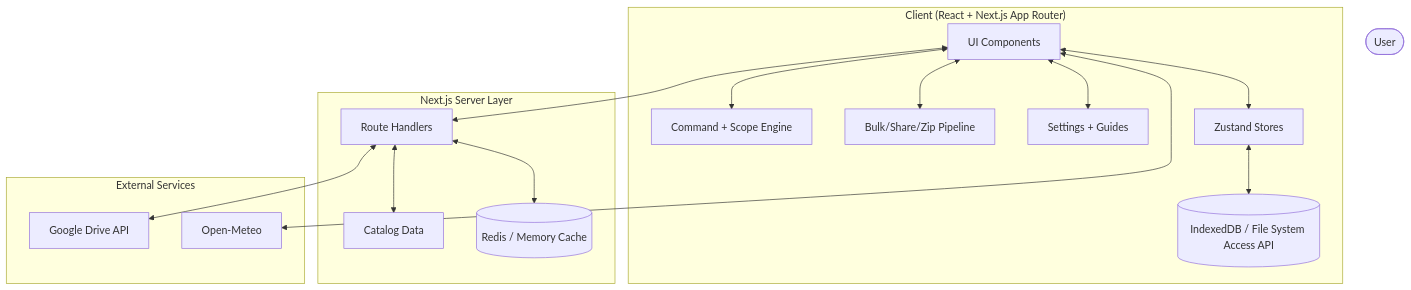
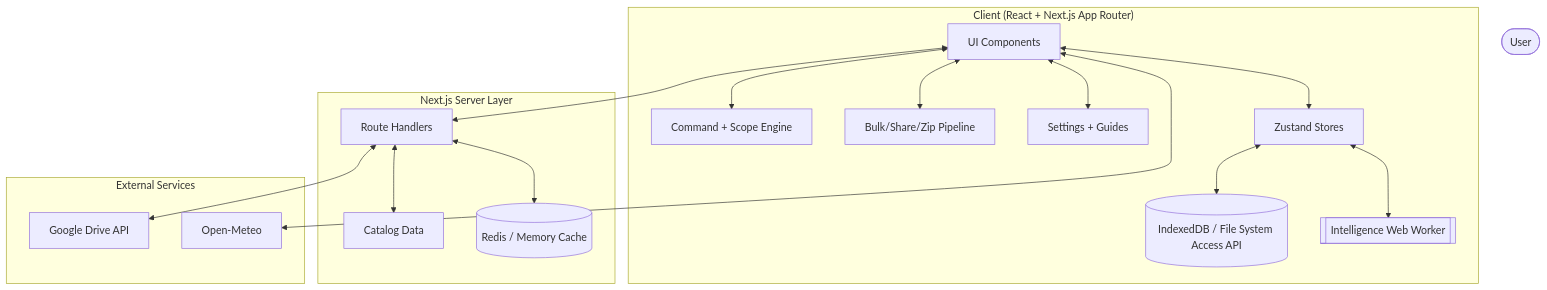
One commit to SH1SHANK/studytrix changed the first of 3 diagrams in ARCHITECTURE.md. Above: the diagram before and after it, drawn with Mermaid. The commit also changed other lines of this file and 7 other files, not shown here.

````diff
--- a/ARCHITECTURE.md
+++ b/ARCHITECTURE.md
@@ -7,37 +7,39 @@
 ```mermaid
 graph TD
     User([User])
 
     subgraph Client["Client (React + Next.js App Router)"]
         UI[UI Components]
         CMD[Command + Scope Engine]
         BULK[Bulk/Share/Zip Pipeline]
         SET[Settings + Guides]
         ZS[Zustand Stores]
         LOC[(IndexedDB / File System Access API)]
+        AI[[Intelligence Web Worker]]
 
         UI <--> CMD
         UI <--> BULK
         UI <--> SET
         UI <--> ZS
         ZS <--> LOC
+        ZS <--> AI
     end
 
     subgraph Server["Next.js Server Layer"]
         API[Route Handlers]
         CAT[Catalog Data]
         CACHE[(Redis / Memory Cache)]
 
         API <--> CAT
         API <--> CACHE
     end
 
     subgraph External["External Services"]
         DRIVE[Google Drive API]
         WEATHER[Open-Meteo]
     end
 
     UI <--> API
     API <--> DRIVE
     UI <--> WEATHER
 ```
````
